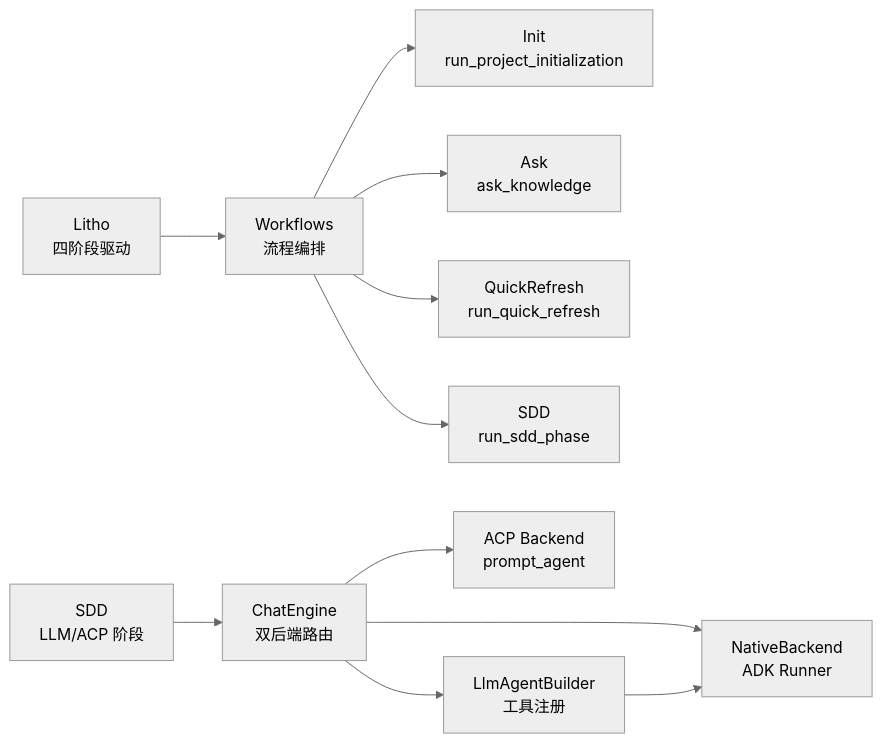
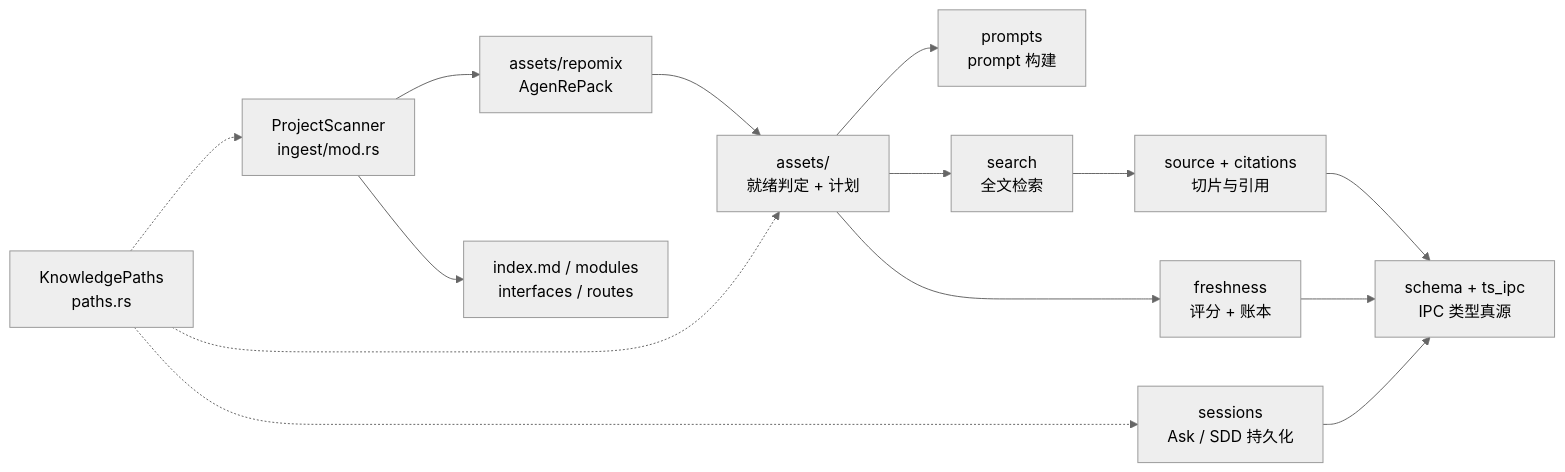
The fourth of 7 diagrams in .terrain/human/2.架构.md (sopaco/terrain), drawn with Mermaid (neutral theme) before and after one commit. The commit also changed other lines of this file and 29 other files, not shown here.

````diff
--- a/.terrain/human/2.架构.md
+++ b/.terrain/human/2.架构.md
@@ -178,13 +172,16 @@
 ```mermaid
 graph LR
-    WF["Workflows<br/>流程编排"] --> INIT["Init<br/>run_project_initialization"]
-    WF --> ASKWF["Ask<br/>ask_knowledge"]
-    WF --> QR["QuickRefresh<br/>run_quick_refresh"]
-    WF --> SDDWF["SDD<br/>run_sdd_phase"]
-    CHAT["ChatEngine<br/>双后端路由"] --> NATIVE["NativeBackend<br/>ADK Runner"]
-    CHAT --> ACPBE["ACP Backend<br/>prompt_agent"]
-    CHAT --> BUILDER["LlmAgentBuilder<br/>工具注册"]
-    LITHO["Litho<br/>四阶段驱动"] --> WF
-    SDDMOD["SDD<br/>LLM/ACP 阶段"] --> CHAT
-    BUILDER --> NATIVE
+    SCAN["ProjectScanner<br/>ingest/mod.rs"] --> PACK["assets/repomix<br/>AgenRePack"]
+    SCAN --> DOCS["index.md / modules<br/>interfaces / routes"]
+    PACK --> CTRL["assets/<br/>就绪判定 + 计划"]
+    CTRL --> PROMPTS["prompts<br/>prompt 构建"]
+    CTRL --> SEARCH["search<br/>全文检索"]
+    SEARCH --> SRC["source + citations<br/>切片与引用"]
+    CTRL --> FRESH["freshness<br/>评分 + 账本"]
+    SRC --> SCH["schema + ts_ipc<br/>IPC 类型真源"]
+    FRESH --> SCH
+    SESS["sessions<br/>Ask / SDD 持久化"] --> SCH
+    PATH["KnowledgePaths<br/>paths.rs"] -.-> SCAN
+    PATH -.-> CTRL
+    PATH -.-> SESS
 ```
````
